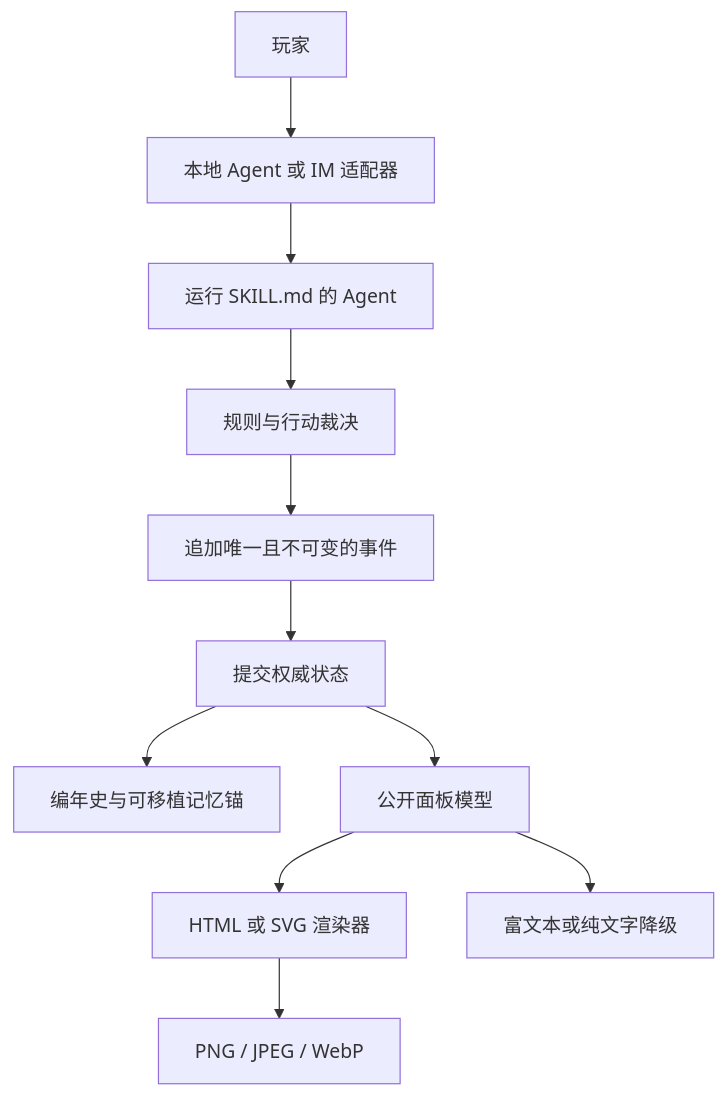
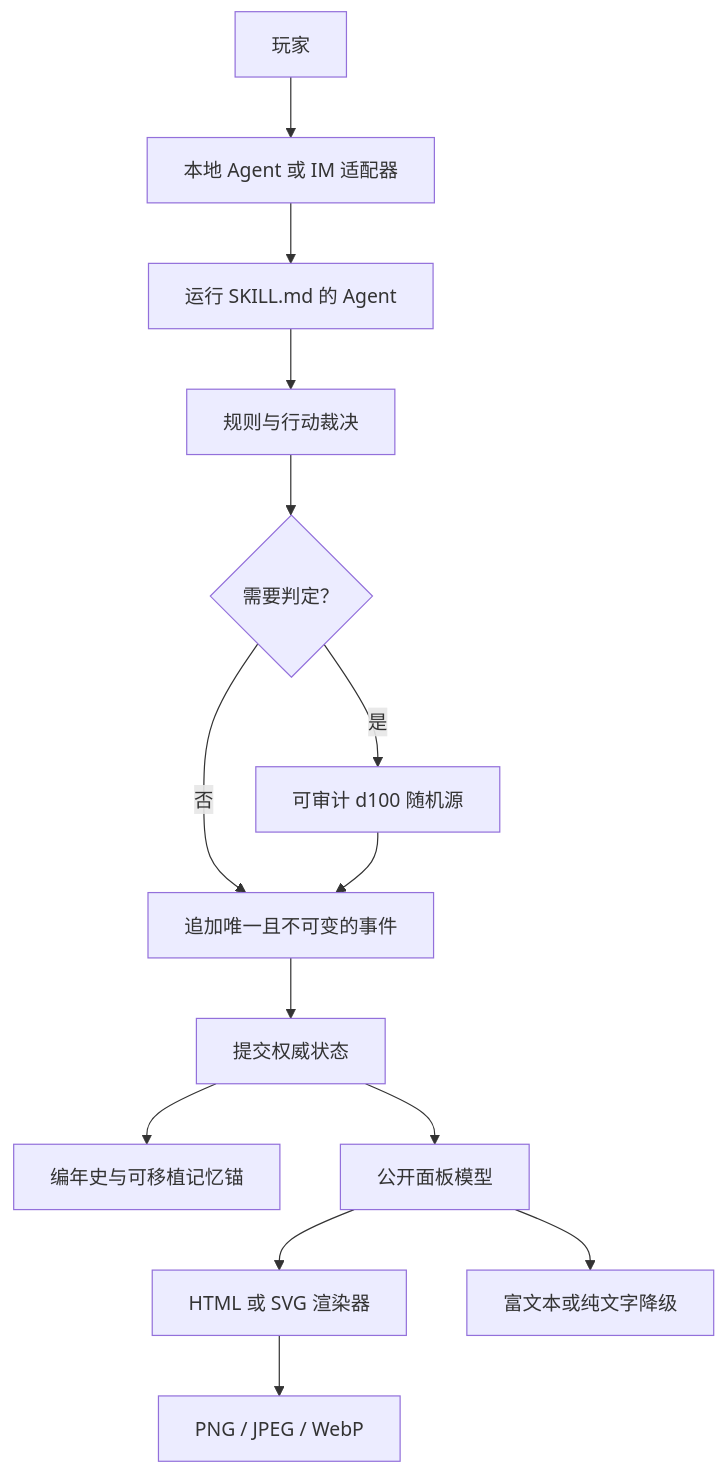
Before and after one commit to zyfayes/lotm-text-game-skill: the diagram in README_CN.md, drawn with Mermaid. The commit also changed other lines of this file and 10 other files, not shown here.

````diff
--- a/README_CN.md
+++ b/README_CN.md
@@ -50,13 +53,16 @@
 ```mermaid
 flowchart TD
     U[玩家] --> T[本地 Agent 或 IM 适配器]
     T --> A[运行 SKILL.md 的 Agent]
     A --> R[规则与行动裁决]
-    R --> E[追加唯一且不可变的事件]
+    R --> D{需要判定？}
+    D -->|是| G[可审计 d100 随机源]
+    D -->|否| E[追加唯一且不可变的事件]
+    G --> E
     E --> S[提交权威状态]
     S --> J[编年史与可移植记忆锚]
     S --> P[公开面板模型]
     P --> H[HTML 或 SVG 渲染器]
     H --> I[PNG / JPEG / WebP]
     P --> F[富文本或纯文字降级]
 ```
````
